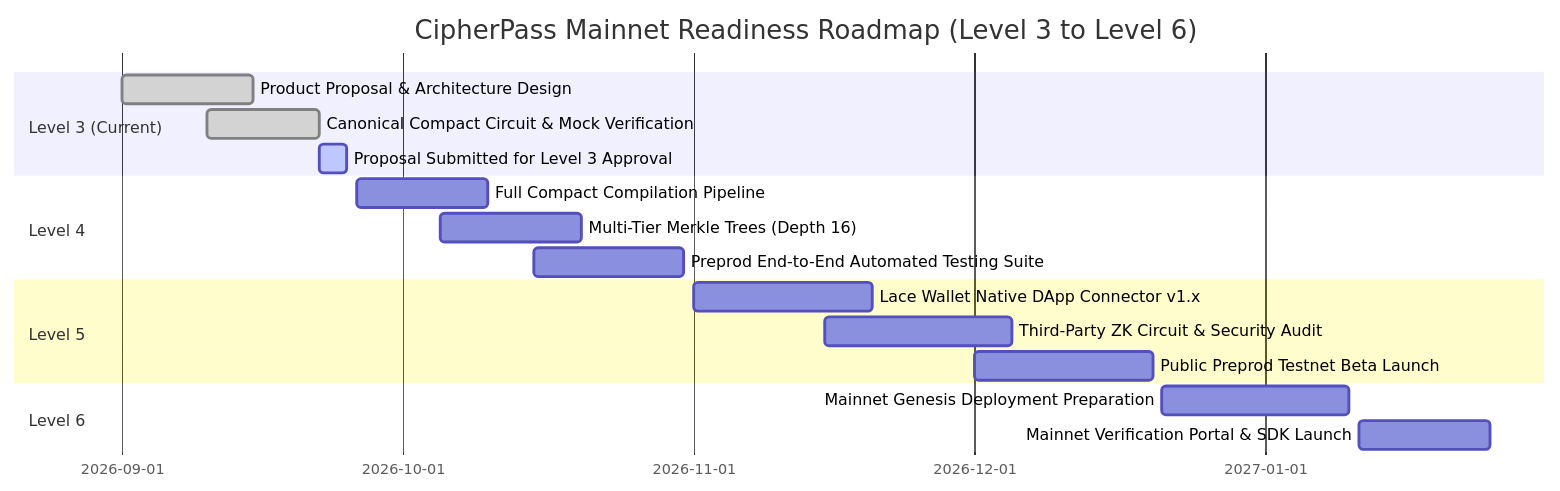
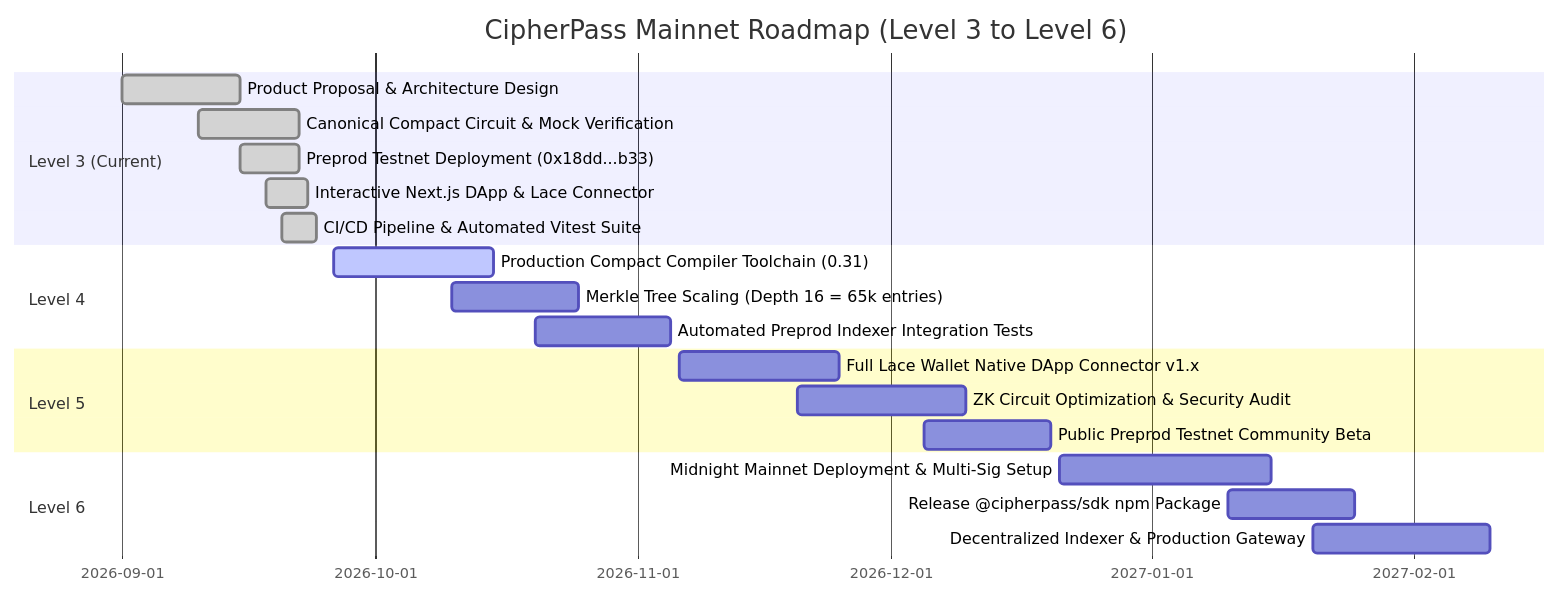
One commit to mausikta05/CipherPass changed the second of 2 diagrams in PROPOSAL.md. Above: the diagram before and after it, drawn with Mermaid. The commit also changed other lines of this file and 5 other files, not shown here.

Commit message:
docs: formalize PROPOSAL.md answering 4 required questions, embed and verify 6-part test suite in README

````diff
--- a/PROPOSAL.md
+++ b/PROPOSAL.md
@@ -82,20 +129,23 @@
 ```mermaid
 gantt
-    title CipherPass Mainnet Readiness Roadmap (Level 3 to Level 6)
+    title CipherPass Mainnet Roadmap (Level 3 to Level 6)
     dateFormat  YYYY-MM-DD
     section Level 3 (Current)
     Product Proposal & Architecture Design       :done,    l3_1, 2026-09-01, 2026-09-15
     Canonical Compact Circuit & Mock Verification:done,    l3_2, 2026-09-10, 2026-09-22
-    Proposal Submitted for Level 3 Approval      :active,  l3_3, 2026-09-22, 2026-09-25
+    Preprod Testnet Deployment (0x18dd...b33)    :done,    l3_3, 2026-09-15, 2026-09-22
+    Interactive Next.js DApp & Lace Connector   :done,    l3_4, 2026-09-18, 2026-09-23
+    CI/CD Pipeline & Automated Vitest Suite     :done,    l3_5, 2026-09-20, 2026-09-24
     section Level 4
-    Full Compact Compilation Pipeline            :         l4_1, 2026-09-26, 2026-10-10
-    Multi-Tier Merkle Trees (Depth 16)           :         l4_2, 2026-10-05, 2026-10-20
-    Preprod End-to-End Automated Testing Suite   :         l4_3, 2026-10-15, 2026-10-31
+    Production Compact Compiler Toolchain (0.31) :active,  l4_1, 2026-09-26, 2026-10-15
+    Merkle Tree Scaling (Depth 16 = 65k entries) :         l4_2, 2026-10-10, 2026-10-25
+    Automated Preprod Indexer Integration Tests  :         l4_3, 2026-10-20, 2026-11-05
     section Level 5
-    Lace Wallet Native DApp Connector v1.x       :         l5_1, 2026-11-01, 2026-11-20
-    Third-Party ZK Circuit & Security Audit      :         l5_2, 2026-11-15, 2026-12-05
-    Public Preprod Testnet Beta Launch           :         l5_3, 2026-12-01, 2026-12-20
+    Full Lace Wallet Native DApp Connector v1.x  :         l5_1, 2026-11-06, 2026-11-25
+    ZK Circuit Optimization & Security Audit     :         l5_2, 2026-11-20, 2026-12-10
+    Public Preprod Testnet Community Beta        :         l5_3, 2026-12-05, 2026-12-20
     section Level 6
-    Mainnet Genesis Deployment Preparation       :         l6_1, 2026-12-21, 2027-01-10
-    Mainnet Verification Portal & SDK Launch     :         l6_2, 2027-01-11, 2027-01-25
+    Midnight Mainnet Deployment & Multi-Sig Setup:         l6_1, 2026-12-21, 2027-01-15
+    Release @cipherpass/sdk npm Package          :         l6_2, 2027-01-10, 2027-01-25
+    Decentralized Indexer & Production Gateway   :         l6_3, 2027-01-20, 2027-02-10
 ```
````
